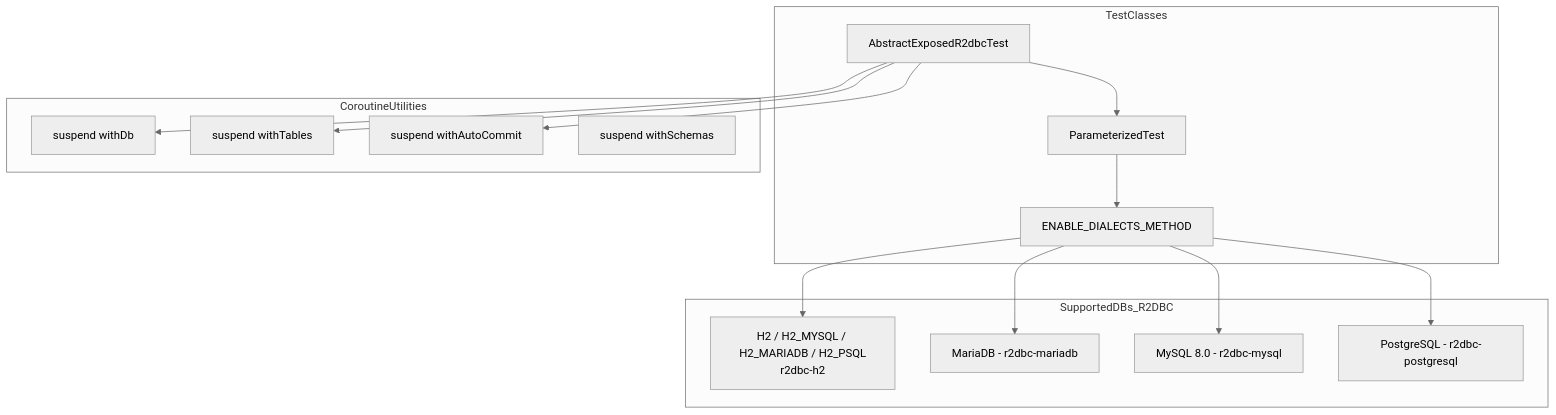
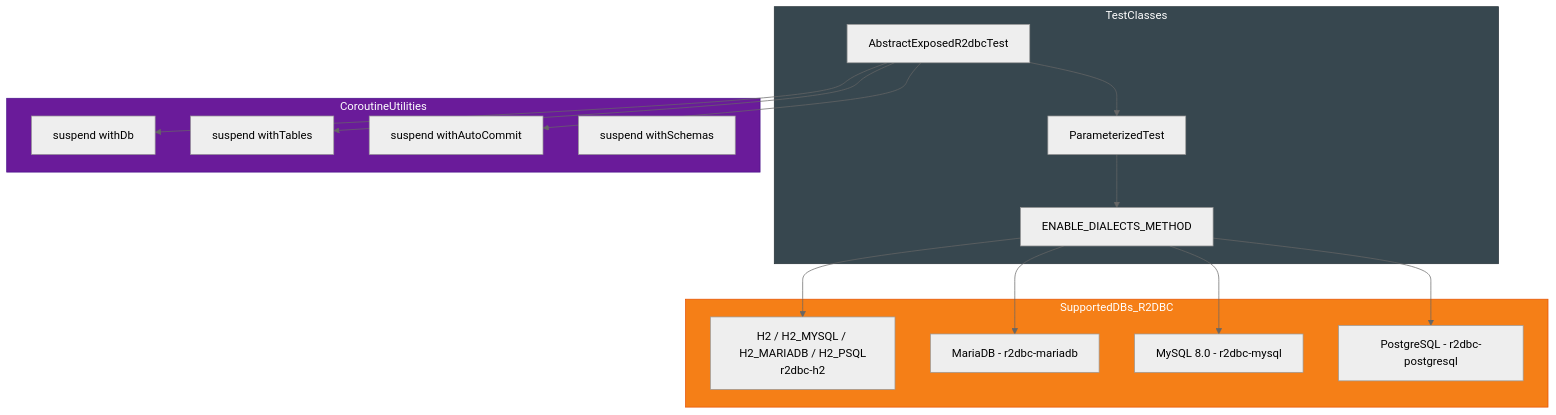
Before and after one commit to bluetape4k/bluetape4k-projects: the first of 2 diagrams in data/exposed-r2dbc-tests/README.md, drawn with Mermaid (neutral theme). The commit also changed other lines of this file and 221 other files, not shown here.

First line of the commit message:
docs: 전체 모듈 README UML 다이어그램 보강 및 색상 업그레이드

````diff
--- a/data/exposed-r2dbc-tests/README.md
+++ b/data/exposed-r2dbc-tests/README.md
@@ -279,30 +279,38 @@
 ```mermaid
 flowchart TD
     subgraph TestClasses
         A[AbstractExposedR2dbcTest] --> B[ParameterizedTest]
         B --> C[ENABLE_DIALECTS_METHOD]
     end
 
     subgraph SupportedDBs_R2DBC
         D[H2 / H2_MYSQL / H2_MARIADB / H2_PSQL<br/>r2dbc-h2]
         E[MariaDB - r2dbc-mariadb]
         F[MySQL 8.0 - r2dbc-mysql]
         G[PostgreSQL - r2dbc-postgresql]
     end
 
     subgraph CoroutineUtilities
         H[suspend withDb]
         I[suspend withTables]
         J[suspend withAutoCommit]
         K[suspend withSchemas]
     end
 
     C --> D
     C --> E
     C --> F
     C --> G
 
     A --> H
     A --> I
     A --> J
+
+    classDef testStyle fill:#37474F,stroke:#263238,color:#FFFFFF
+    classDef dbStyle fill:#F57F17,stroke:#E65100,color:#FFFFFF
+    classDef coroutineStyle fill:#6A1B9A,stroke:#4A148C,color:#FFFFFF
+
+    class TestClasses testStyle
+    class SupportedDBs_R2DBC dbStyle
+    class CoroutineUtilities coroutineStyle
 ```
````
